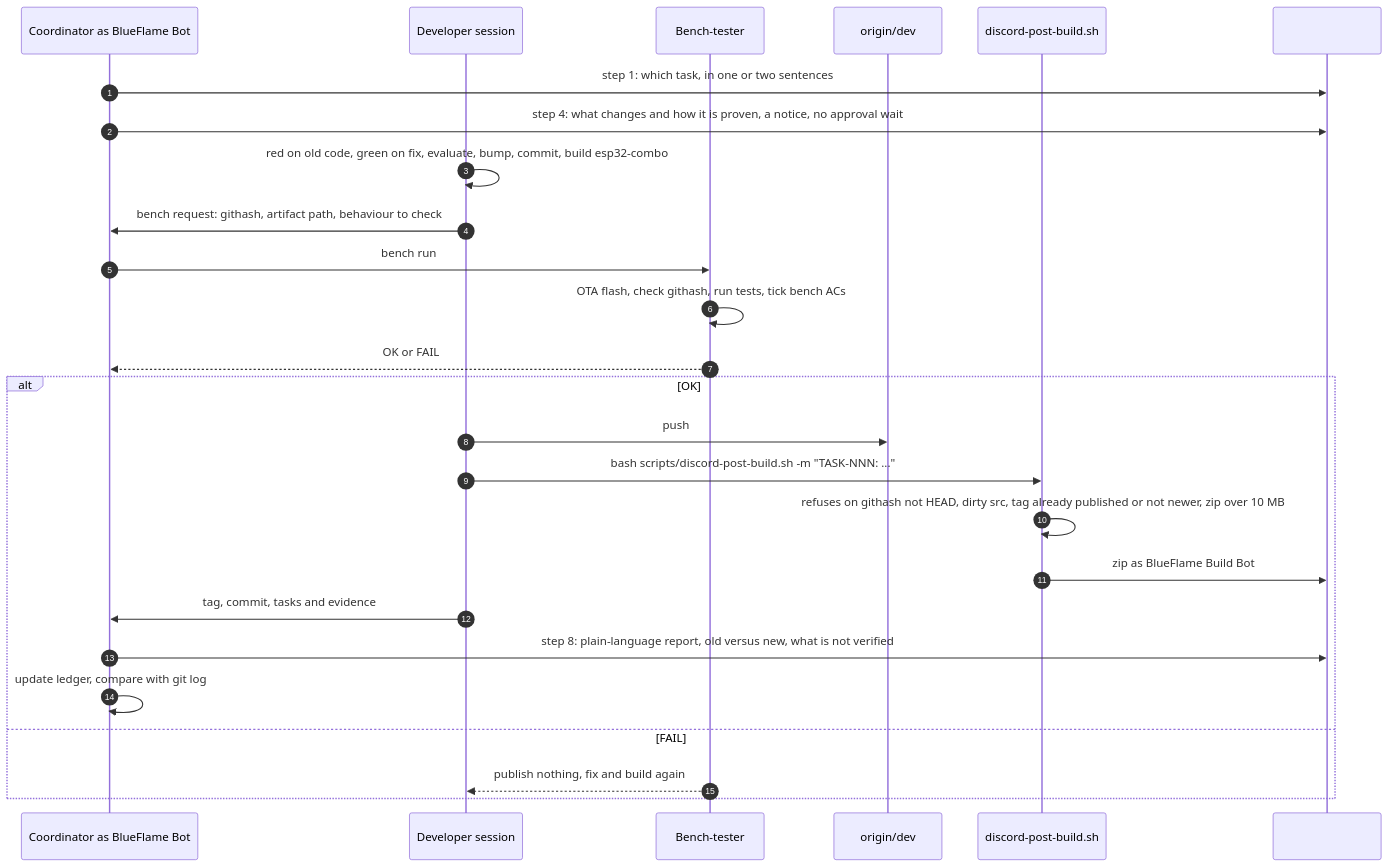
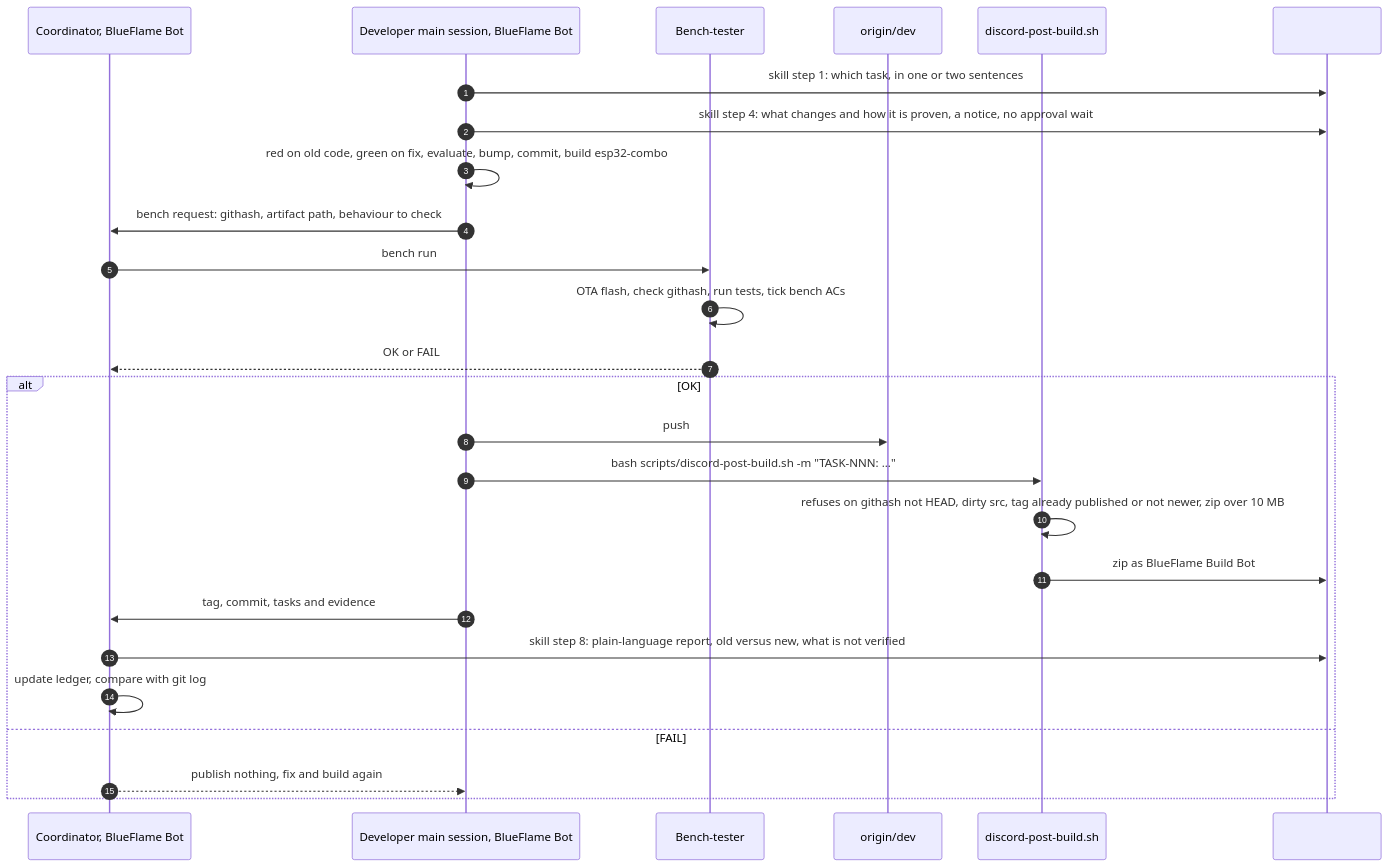
Diagram 23 of 50 in docs/process/agentic-setup.md (rvdbreemen/OTGW-firmware), drawn with Mermaid before and after one commit. The commit also changed other lines of this file and 1 other file, not shown here.

First line of the commit message:
docs(process): TASK-1984 checkpoint: editor and web review still in progress

````diff
--- a/docs/process/agentic-setup.md
+++ b/docs/process/agentic-setup.md
@@ -1267,28 +1382,28 @@
 ```mermaid
 sequenceDiagram
   autonumber
-  participant C as Coordinator as BlueFlame Bot
-  participant Dv as Developer session
+  participant C as Coordinator, BlueFlame Bot
+  participant Dv as Developer main session, BlueFlame Bot
   participant BT as Bench-tester
   participant G as origin/dev
   participant W as discord-post-build.sh
   participant A as #alpha-testing
-  C->>A: step 1: which task, in one or two sentences
-  C->>A: step 4: what changes and how it is proven, a notice, no approval wait
+  Dv->>A: skill step 1: which task, in one or two sentences
+  Dv->>A: skill step 4: what changes and how it is proven, a notice, no approval wait
   Dv->>Dv: red on old code, green on fix, evaluate, bump, commit, build esp32-combo
   Dv->>C: bench request: githash, artifact path, behaviour to check
   C->>BT: bench run
   BT->>BT: OTA flash, check githash, run tests, tick bench ACs
   BT-->>C: OK or FAIL
   alt OK
     Dv->>G: push
     Dv->>W: bash scripts/discord-post-build.sh -m "TASK-NNN: ..."
     W->>W: refuses on githash not HEAD, dirty src, tag already published or not newer, zip over 10 MB
     W->>A: zip as BlueFlame Build Bot
     Dv->>C: tag, commit, tasks and evidence
-    C->>A: step 8: plain-language report, old versus new, what is not verified
+    C->>A: skill step 8: plain-language report, old versus new, what is not verified
     C->>C: update ledger, compare with git log
   else FAIL
-    BT-->>Dv: publish nothing, fix and build again
+    C-->>Dv: publish nothing, fix and build again
   end
 ```
````
